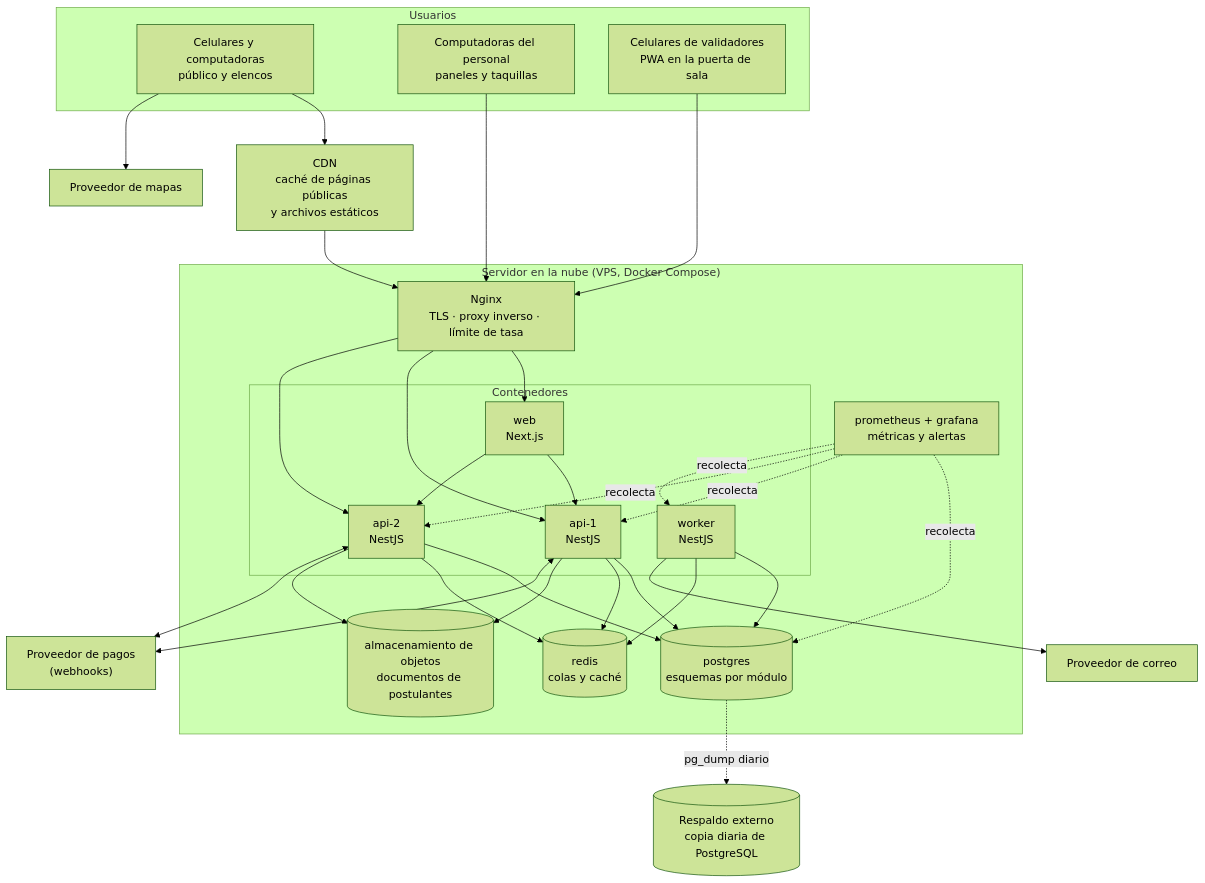
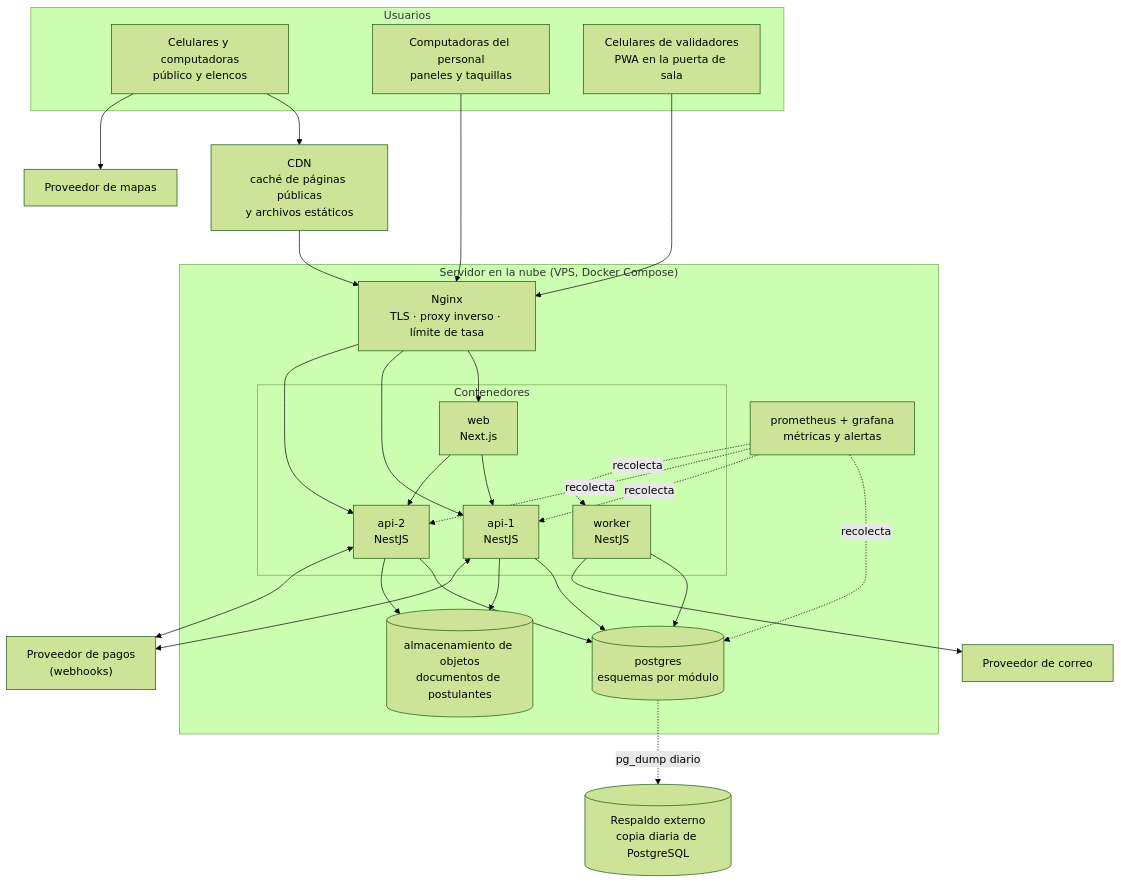
One commit to Kevrc/festival-artes-vivas-loja changed the first of 2 diagrams in docs/arquitectura/04-vista-fisica.md. Above: the diagram before and after it, drawn with Mermaid (forest theme). The commit also changed other lines of this file and 5 other files, not shown here.

````diff
--- a/docs/arquitectura/04-vista-fisica.md
+++ b/docs/arquitectura/04-vista-fisica.md
@@ -8,42 +8,41 @@
 ```mermaid
 flowchart TB
     subgraph Usuarios
         CEL["Celulares y computadoras<br/>público y elencos"]
         PER["Computadoras del personal<br/>paneles y taquillas"]
         VAL["Celulares de validadores<br/>PWA en la puerta de sala"]
     end
 
     CDN["CDN<br/>caché de páginas públicas<br/>y archivos estáticos"]
 
     subgraph Nube["Servidor en la nube (VPS, Docker Compose)"]
         NGX["Nginx<br/>TLS · proxy inverso · límite de tasa"]
         subgraph Contenedores
             WEB["web<br/>Next.js"]
             API1["api-1<br/>NestJS"]
             API2["api-2<br/>NestJS"]
             WRK["worker<br/>NestJS"]
         end
         PG[("postgres<br/>esquemas por módulo")]
-        RD[("redis<br/>colas y caché")]
         S3[("almacenamiento de objetos<br/>documentos de postulantes")]
         MON["prometheus + grafana<br/>métricas y alertas"]
     end
 
     BK[("Respaldo externo<br/>copia diaria de PostgreSQL")]
     PAG["Proveedor de pagos<br/>(webhooks)"]
     MAIL["Proveedor de correo"]
     MAPS["Proveedor de mapas"]
 
     CEL --> CDN --> NGX
     PER --> NGX
     VAL --> NGX
     NGX --> WEB & API1 & API2
     WEB --> API1 & API2
-    API1 & API2 & WRK --> PG & RD
+    API1 & API2 & WRK --> PG
     API1 & API2 --> S3
     WRK --> MAIL
     API1 & API2 <--> PAG
     CEL --> MAPS
     PG -. pg_dump diario .-> BK
     MON -. recolecta .-> API1 & API2 & WRK & PG
 ```
````
